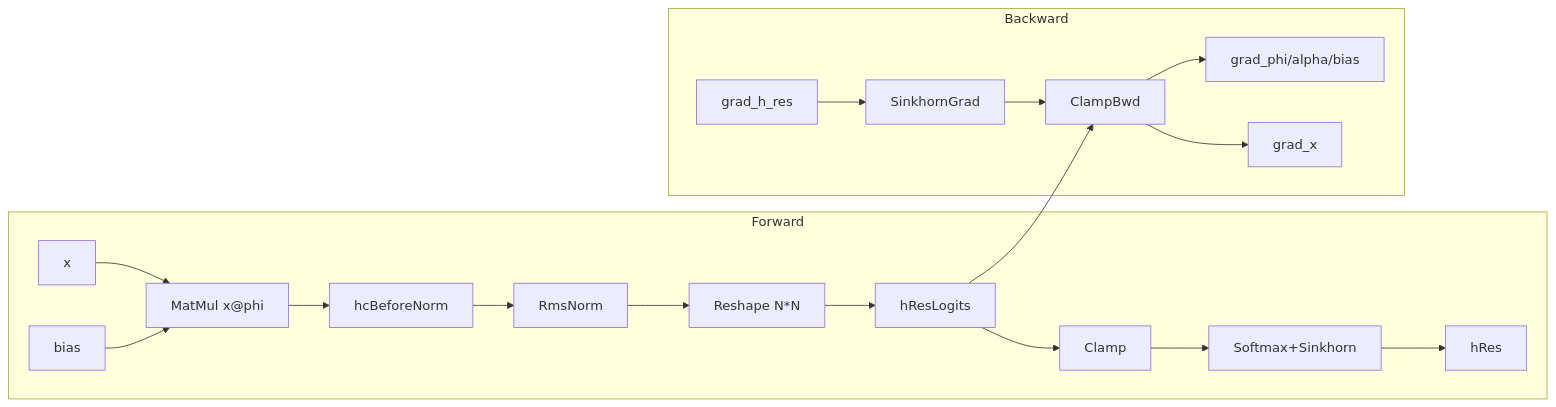
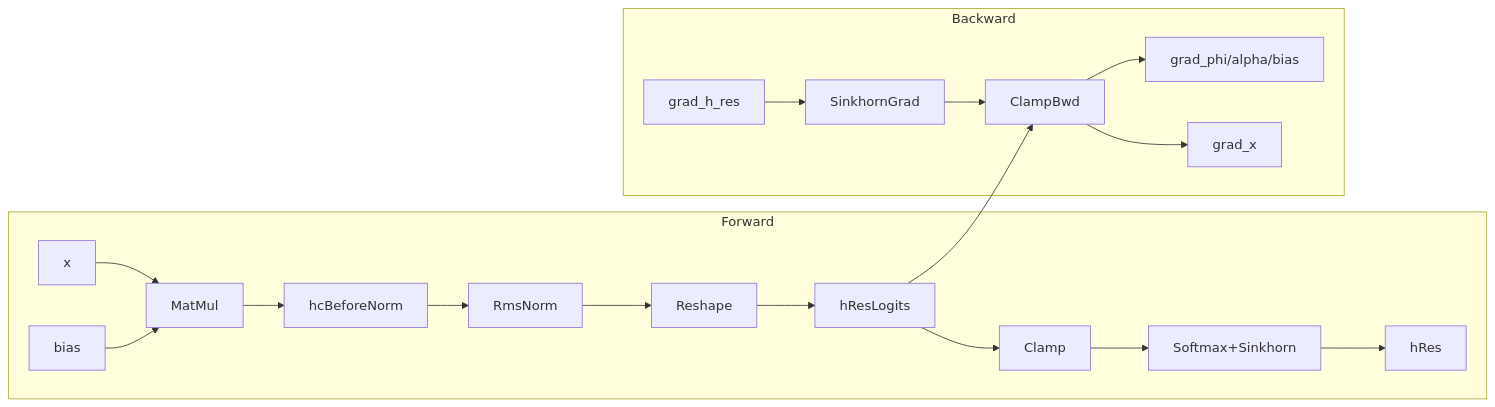
One commit to ChunnX/ops-transformer changed the third of 10 diagrams in mhc/mhc_pre_clamp_sinkhorn_backward/docs/MhcPreClampSinkhornBackward_Design.md. Above: the diagram before and after it, drawn with Mermaid. The commit also changed other lines of this file, not shown here.

````diff
--- a/mhc/mhc_pre_clamp_sinkhorn_backward/docs/MhcPreClampSinkhornBackward_Design.md
+++ b/mhc/mhc_pre_clamp_sinkhorn_backward/docs/MhcPreClampSinkhornBackward_Design.md
@@ -120,22 +120,22 @@
 ```mermaid
-flowchart LR
+graph LR
     subgraph Forward
-        F1[x] --> F2[MatMul x@phi]
+        F1[x] --> F2[MatMul]
         F3[bias] --> F2
         F2 --> F4[hcBeforeNorm]
         F4 --> F5[RmsNorm]
-        F5 --> F6[Reshape N*N]
+        F5 --> F6[Reshape]
         F6 --> F7[hResLogits]
         F7 --> F8[Clamp]
         F8 --> F9[Softmax+Sinkhorn]
         F9 --> F10[hRes]
     end
 
     subgraph Backward
         B1[grad_h_res] --> B2[SinkhornGrad]
         B2 --> B3[ClampBwd]
         F7 --> B3
         B3 --> B4[grad_phi/alpha/bias]
         B3 --> B5[grad_x]
     end
 ```
````
